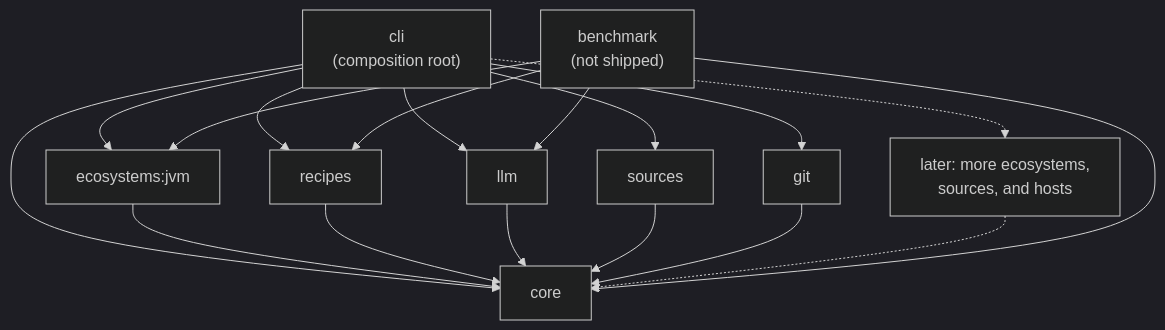
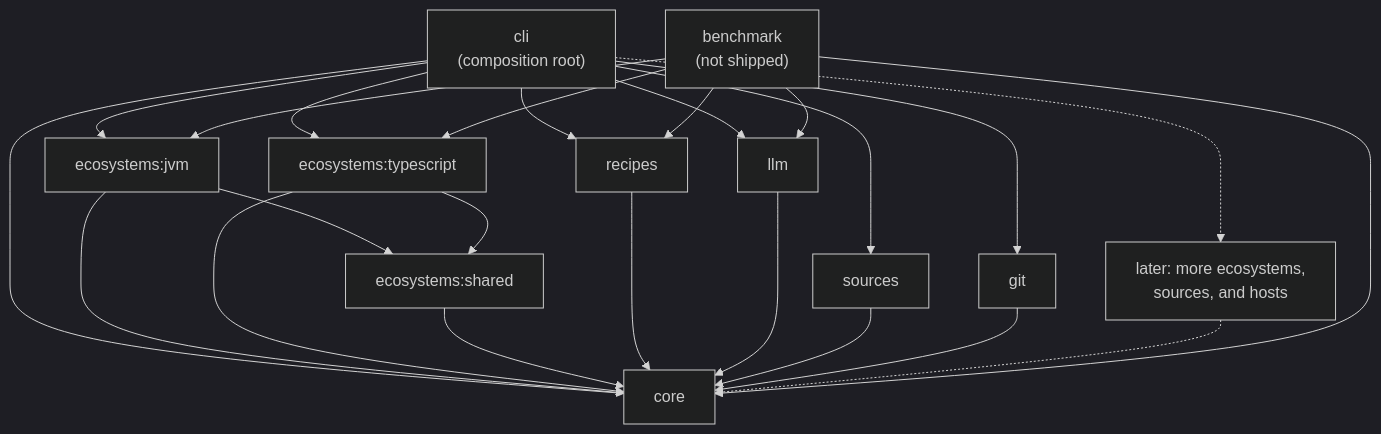
The second of 6 diagrams in docs/architecture/project-skeleton.md (danvan86/lector-ai), drawn with Mermaid (dark theme) before and after one commit. The commit also changed other lines of this file and 9 other files, not shown here.

First line of the commit message:
docs(architecture): document the TypeScript adapter and sync the docs with M9

````diff
--- a/docs/architecture/project-skeleton.md
+++ b/docs/architecture/project-skeleton.md
@@ -51,20 +53,26 @@
 ```mermaid
 flowchart TB
     cli["cli<br/>(composition root)"] --> core
     jvm["ecosystems:jvm"] --> core
+    ts["ecosystems:typescript"] --> core
+    jvm --> shared["ecosystems:shared"]
+    ts --> shared
+    shared --> core
+    cli --> ts
     cli --> jvm
     recipes --> core
     cli --> recipes
     llm --> core
     cli --> llm
     sources --> core
     cli --> sources
     git --> core
     cli --> git
     later["later: more ecosystems,<br/>sources, and hosts"] -.-> core
     cli -.-> later
     bench["benchmark<br/>(not shipped)"] --> core
     bench --> jvm
+    bench --> ts
     bench --> recipes
     bench --> llm
 ```
````
